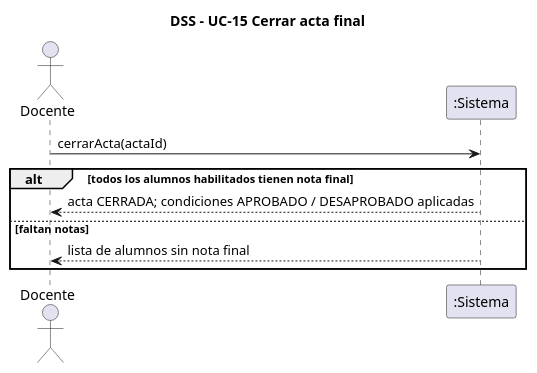
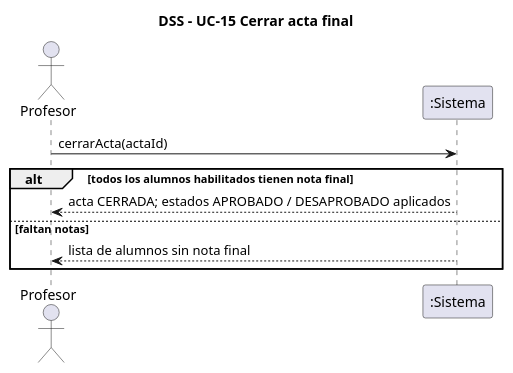
Before and after one commit to ISMAELALTHENOFER/BACKOFFICE-ACADEMICO-ITEC-N-1: the diagram in document/diagramas/20-dss-cerrar-acta.puml, drawn with PlantUML. The commit also changed 41 other files, not shown here.

```diff
--- a/document/diagramas/20-dss-cerrar-acta.puml
+++ b/document/diagramas/20-dss-cerrar-acta.puml
@@ -1,12 +1,12 @@
 @startuml dss-cerrar-acta
 skinparam shadowing false
 title DSS - UC-15 Cerrar acta final
-actor "Docente" as U
+actor "Profesor" as U
 participant ":Sistema" as S
 U -> S : cerrarActa(actaId)
 alt todos los alumnos habilitados tienen nota final
-  S --> U : acta CERRADA; condiciones APROBADO / DESAPROBADO aplicadas
+  S --> U : acta CERRADA; estados APROBADO / DESAPROBADO aplicados
 else faltan notas
   S --> U : lista de alumnos sin nota final
 end
 @enduml
```
